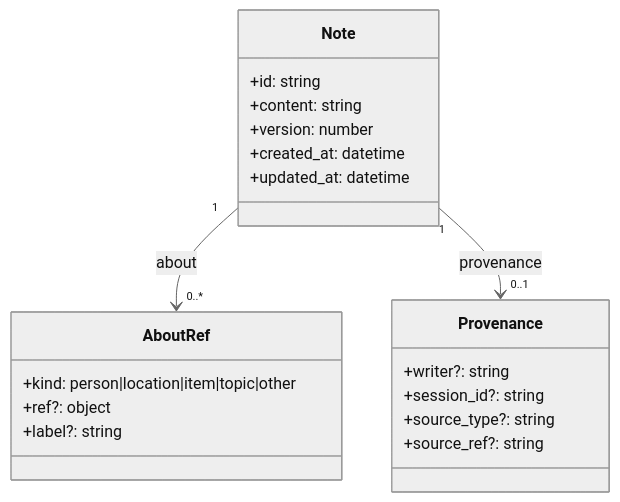
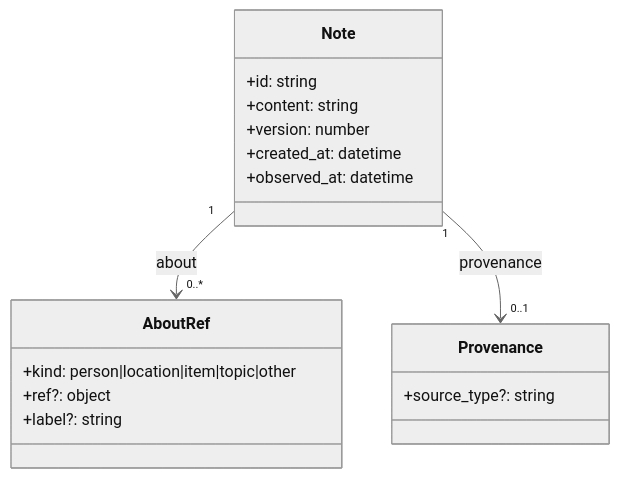
One commit to fcrozetta/mnemosyne changed the first of 2 diagrams in docs/alpha-model.md. Above: the diagram before and after it, drawn with Mermaid (neutral theme). The commit also changed other lines of this file and 19 other files, not shown here.

````diff
--- a/docs/alpha-model.md
+++ b/docs/alpha-model.md
@@ -16,26 +17,23 @@
 ```mermaid
 classDiagram
     class Note {
       +id: string
       +content: string
       +version: number
       +created_at: datetime
-      +updated_at: datetime
+      +observed_at: datetime
     }
 
     class AboutRef {
       +kind: person|location|item|topic|other
       +ref?: object
       +label?: string
     }
 
     class Provenance {
-      +writer?: string
-      +session_id?: string
       +source_type?: string
-      +source_ref?: string
     }
 
     Note "1" --> "0..*" AboutRef : about
     Note "1" --> "0..1" Provenance : provenance
 ```
````
